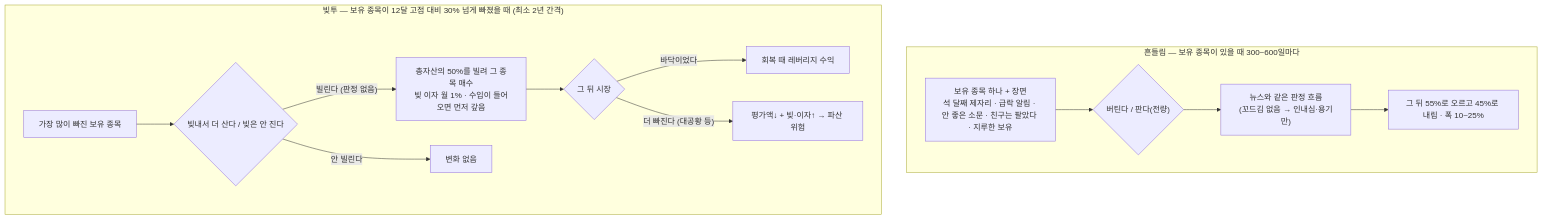
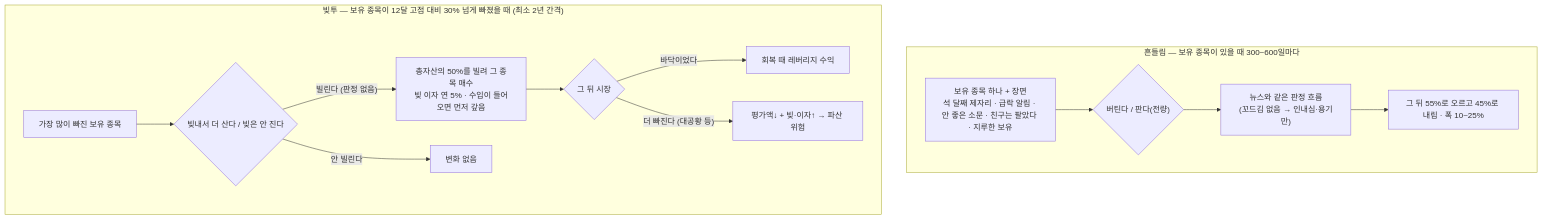
The ninth of 19 diagrams in docs/scenarios.md (Kyunglock/Investor-game), drawn with Mermaid before and after one commit. The commit also changed other lines of this file and 8 other files, not shown here.

````diff
--- a/docs/scenarios.md
+++ b/docs/scenarios.md
@@ -311,16 +311,16 @@
 ```mermaid
 flowchart TD
     subgraph SHAKE["흔들림 — 보유 종목이 있을 때 300~600일마다"]
       S0["보유 종목 하나 + 장면<br/>석 달째 제자리 · 급락 알림 · 안 좋은 소문 · 친구는 팔았다 · 지루한 보유"] --> S1{"버틴다 / 판다(전량)"}
       S1 --> S2["뉴스와 같은 판정 흐름<br/>(꼬드김 없음 → 인내심·용기만)"]
       S2 --> S3["그 뒤 55%로 오르고 45%로 내림 · 폭 10~25%"]
     end
     subgraph LEV["빚투 — 보유 종목이 12달 고점 대비 30% 넘게 빠졌을 때 (최소 2년 간격)"]
       L0["가장 많이 빠진 보유 종목"] --> L1{"빚내서 더 산다 / 빚은 안 진다"}
-      L1 -->|"빌린다 (판정 없음)"| L2["총자산의 50%를 빌려 그 종목 매수<br/>빚 이자 월 1% · 수입이 들어오면 먼저 갚음"]
+      L1 -->|"빌린다 (판정 없음)"| L2["총자산의 50%를 빌려 그 종목 매수<br/>빚 이자 연 5% · 수입이 들어오면 먼저 갚음"]
       L1 -->|"안 빌린다"| L3["변화 없음"]
       L2 --> L4{"그 뒤 시장"}
       L4 -->|"바닥이었다"| L5["회복 때 레버리지 수익"]
       L4 -->|"더 빠진다 (대공황 등)"| L6["평가액↓ + 빚·이자↑ → 파산 위험"]
     end
 ```
````
